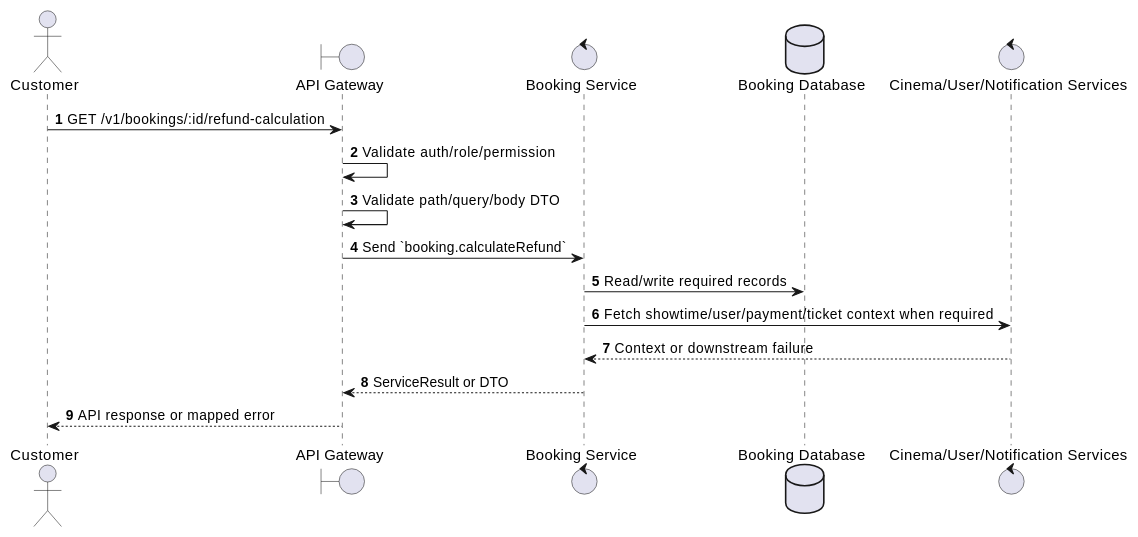
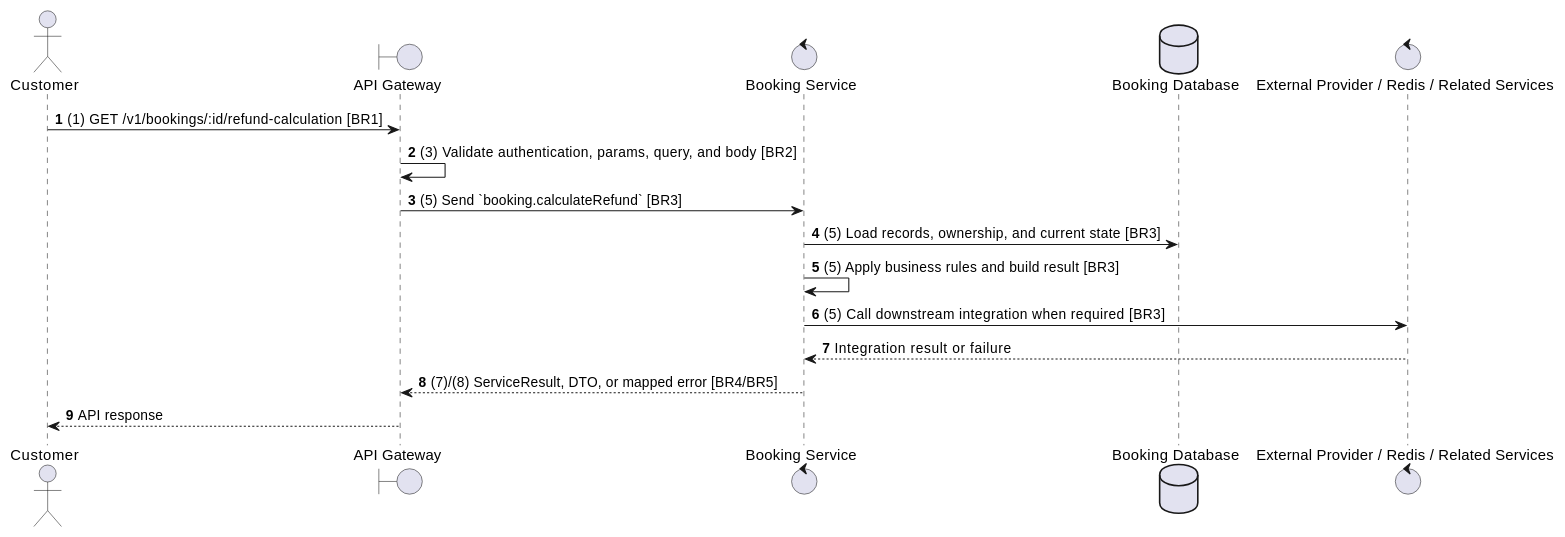
Before and after one commit to Tanh1603/movie-hub-architecture: the second of 2 diagrams in docs/functional_specs/3.5.1_User_Booking_Operations/BK-08_Calculate_Refund.md, drawn with PlantUML. The commit also changed other lines of this file and 129 other files, not shown here.

````diff
--- a/docs/functional_specs/3.5.1_User_Booking_Operations/BK-08_Calculate_Refund.md
+++ b/docs/functional_specs/3.5.1_User_Booking_Operations/BK-08_Calculate_Refund.md
@@ -17,20 +64,20 @@
 ```plantuml
 @startuml
 autonumber
 actor "Customer" as Actor
 boundary "API Gateway" as GW
 control "Booking Service" as SVC
 database "Booking Database" as DB
-control "Cinema/User/Notification Services" as EXT
+control "External Provider / Redis / Related Services" as EXT
 
-Actor -> GW: GET /v1/bookings/:id/refund-calculation
-GW -> GW: Validate auth/role/permission
-GW -> GW: Validate path/query/body DTO
-GW -> SVC: Send `booking.calculateRefund`
-SVC -> DB: Read/write required records
-SVC -> EXT: Fetch showtime/user/payment/ticket context when required
-EXT --> SVC: Context or downstream failure
-SVC --> GW: ServiceResult or DTO
-GW --> Actor: API response or mapped error
+Actor -> GW: (1) GET /v1/bookings/:id/refund-calculation [BR1]
+GW -> GW: (3) Validate authentication, params, query, and body [BR2]
+GW -> SVC: (5) Send `booking.calculateRefund` [BR3]
+SVC -> DB: (5) Load records, ownership, and current state [BR3]
+SVC -> SVC: (5) Apply business rules and build result [BR3]
+SVC -> EXT: (5) Call downstream integration when required [BR3]
+EXT --> SVC: Integration result or failure
+SVC --> GW: (7)/(8) ServiceResult, DTO, or mapped error [BR4/BR5]
+GW --> Actor: API response
 @enduml
 ```
````
